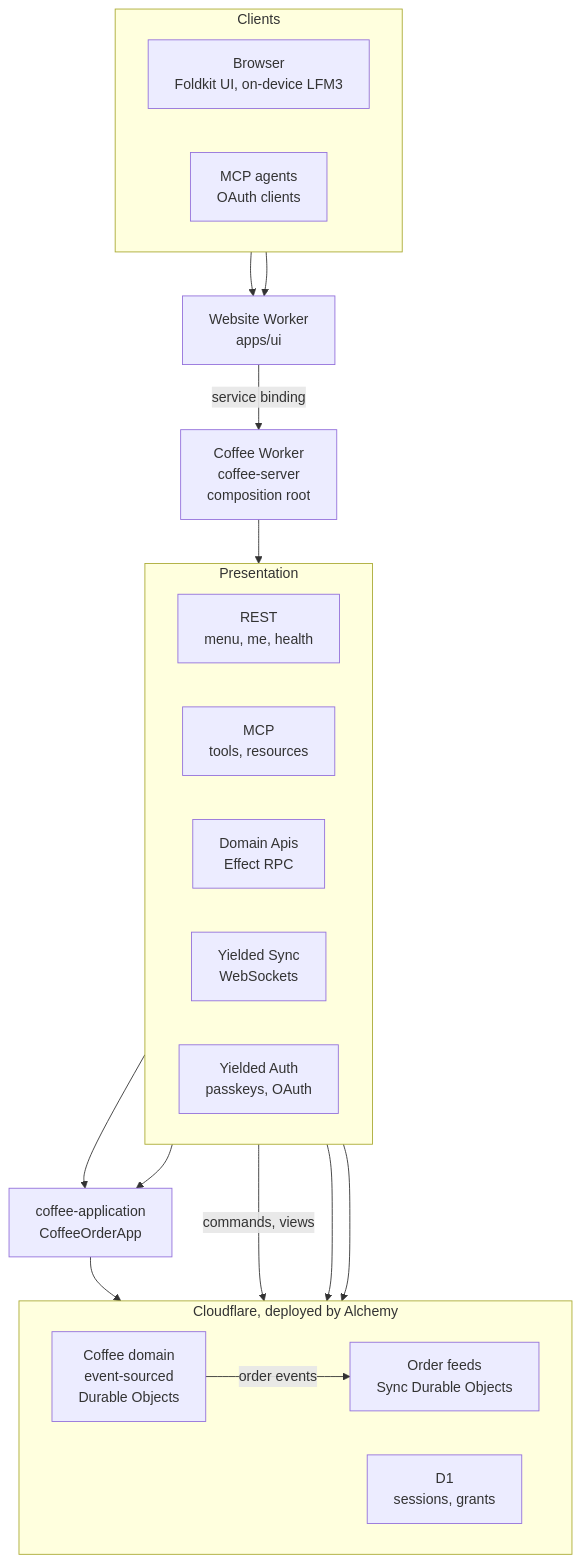
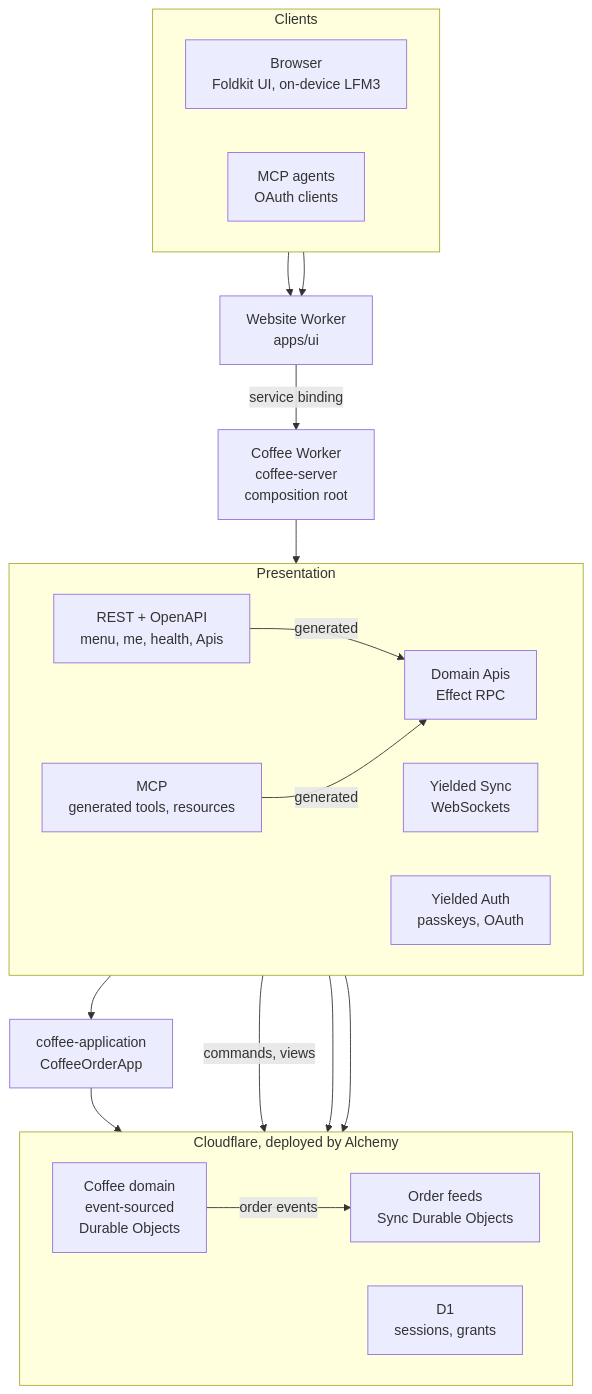
Before and after one commit to kevinmichaelchen/effect-coffee-shop: the diagram in docs/architecture/overview.mmd, drawn with Mermaid. The commit also changed 12 other files, not shown here.

First line of the commit message:
docs: redraw architecture diagrams with Pele; ban D2 (#139)

```diff
--- a/docs/architecture/overview.mmd
+++ b/docs/architecture/overview.mmd
@@ -1,34 +1,35 @@
 flowchart TB
   subgraph Clients["Clients"]
     direction LR
     Browser["Browser<br/>Foldkit UI, on-device LFM3"]
     Agent["MCP agents<br/>OAuth clients"]
   end
   Website["Website Worker<br/>apps/ui"]
   Coffee["Coffee Worker<br/>coffee-server<br/>composition root"]
   subgraph Surfaces["Presentation"]
     direction LR
-    Rest["REST<br/>menu, me, health"]
-    Mcp["MCP<br/>tools, resources"]
+    Rest["REST + OpenAPI<br/>menu, me, health, Apis"]
+    Mcp["MCP<br/>generated tools, resources"]
     Apis["Domain Apis<br/>Effect RPC"]
     SyncApi["Yielded Sync<br/>WebSockets"]
     Auth["Yielded Auth<br/>passkeys, OAuth"]
   end
   App["coffee-application<br/>CoffeeOrderApp"]
   subgraph Platform["Cloudflare, deployed by Alchemy"]
     direction LR
     Model["Coffee domain<br/>event-sourced<br/>Durable Objects"]
     Feeds["Order feeds<br/>Sync Durable Objects"]
     D1["D1<br/>sessions, grants"]
   end
   Browser --> Website
   Agent --> Website
   Website -->|service binding| Coffee
   Coffee --> Surfaces
-  Rest --> App
+  Rest -->|generated| Apis
+  Mcp -->|generated| Apis
   Mcp --> App
   App --> Model
   Apis -->|commands, views| Model
   SyncApi --> Feeds
   Auth --> D1
   Model -->|order events| Feeds
```
